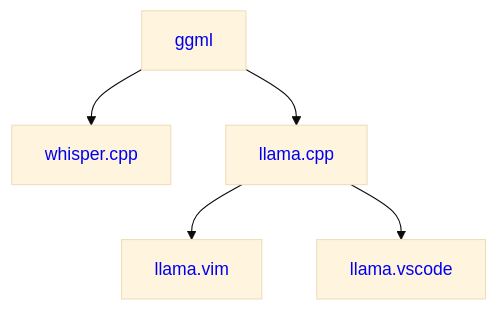
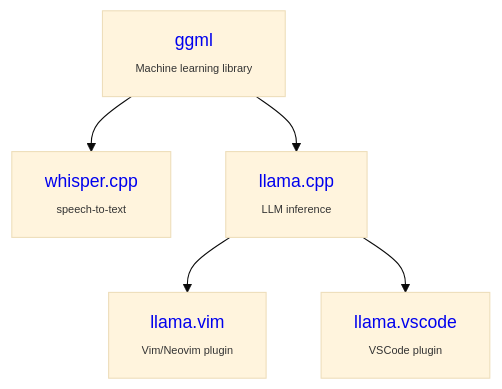
The diagram in profile/README.md (ggml-org/.github), drawn with Mermaid (base theme) before and after one commit.

Commit message:
readme : update graph

````diff
--- a/profile/README.md
+++ b/profile/README.md
@@ -3,13 +3,13 @@
 ```mermaid
 graph TD;
 ggml --> whisper.cpp
 ggml --> llama.cpp
 llama.cpp --> llama.vim
 llama.cpp --> llama.vscode
 
-ggml[<a href="https://github.com/ggml-org/ggml" style="text-decoration:none;">ggml</a>];
-whisper.cpp[<a href="https://github.com/ggml-org/whisper.cpp" style="text-decoration:none;">whisper.cpp</a>];
-llama.cpp[<a href="https://github.com/ggml-org/llama.cpp" style="text-decoration:none;">llama.cpp</a>];
-llama.vim[<a href="https://github.com/ggml-org/llama.vim" style="text-decoration:none;">llama.vim</a>];
-llama.vscode[<a href="https://github.com/ggml-org/llama.vscode" style="text-decoration:none;">llama.vscode</a>];
+ggml[<a href="https://github.com/ggml-org/ggml"                 style="text-decoration:none;">ggml</a>          <br><span style="font-size:10px;">Machine learning library</span>];
+whisper.cpp[<a href="https://github.com/ggml-org/whisper.cpp"   style="text-decoration:none;">whisper.cpp</a>   <br><span style="font-size:10px;">speech-to-text</span>];
+llama.cpp[<a href="https://github.com/ggml-org/llama.cpp"       style="text-decoration:none;">llama.cpp</a>     <br><span style="font-size:10px;">LLM inference</span>];
+llama.vim[<a href="https://github.com/ggml-org/llama.vim"       style="text-decoration:none;">llama.vim</a>     <br><span style="font-size:10px;">Vim/Neovim plugin</span>];
+llama.vscode[<a href="https://github.com/ggml-org/llama.vscode" style="text-decoration:none;">llama.vscode</a>  <br><span style="font-size:10px;">VSCode plugin</span>];
 ```
````
